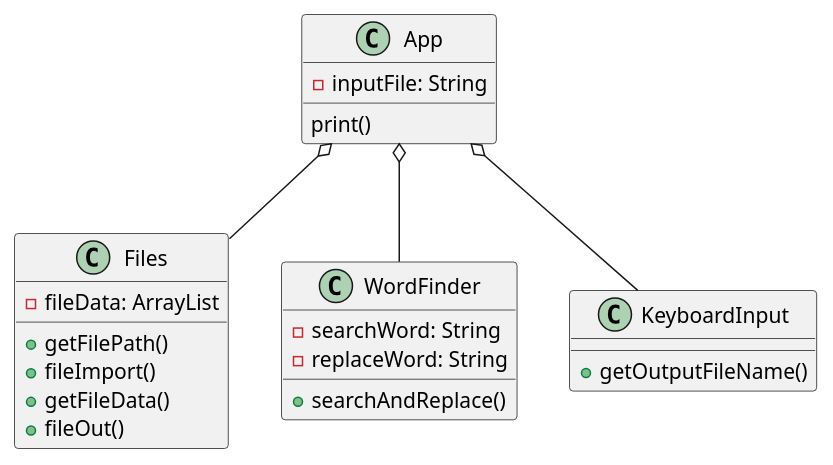
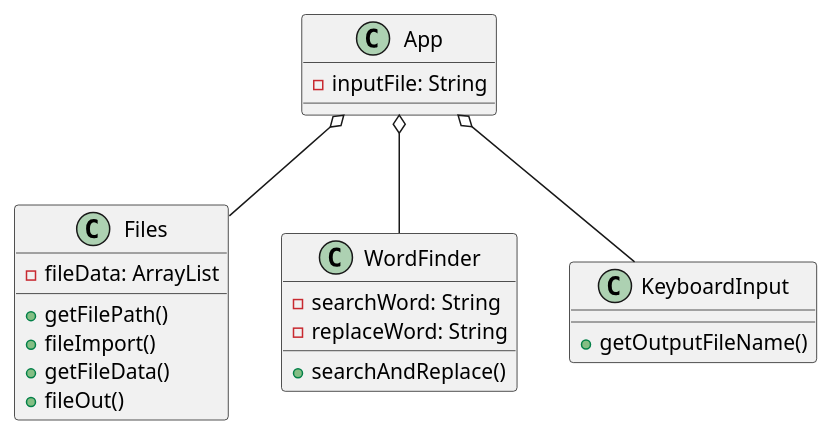
Before and after one commit to kingraham228/Ingraham-cop3330-assignment3: the diagram in src/main/java/ex45/WordFinder.puml, drawn with PlantUML. The commit also changed 2 other files, not shown here.

Commit message:
Diagram review

```diff
--- a/src/main/java/ex45/WordFinder.puml
+++ b/src/main/java/ex45/WordFinder.puml
@@ -1,28 +1,27 @@
 @startuml
 class App{
 -inputFile: String
-print()
 }
 
 class Files{
 -fileData: ArrayList
 +getFilePath()
 +fileImport()
 +getFileData()
 +fileOut()
 }
 
 class WordFinder{
 -searchWord: String
 -replaceWord: String
 +searchAndReplace()
 }
 
 class KeyboardInput{
 +getOutputFileName()
 }
 
 App o-- Files
 App o-- WordFinder
 App o-- KeyboardInput
 @enduml
```
